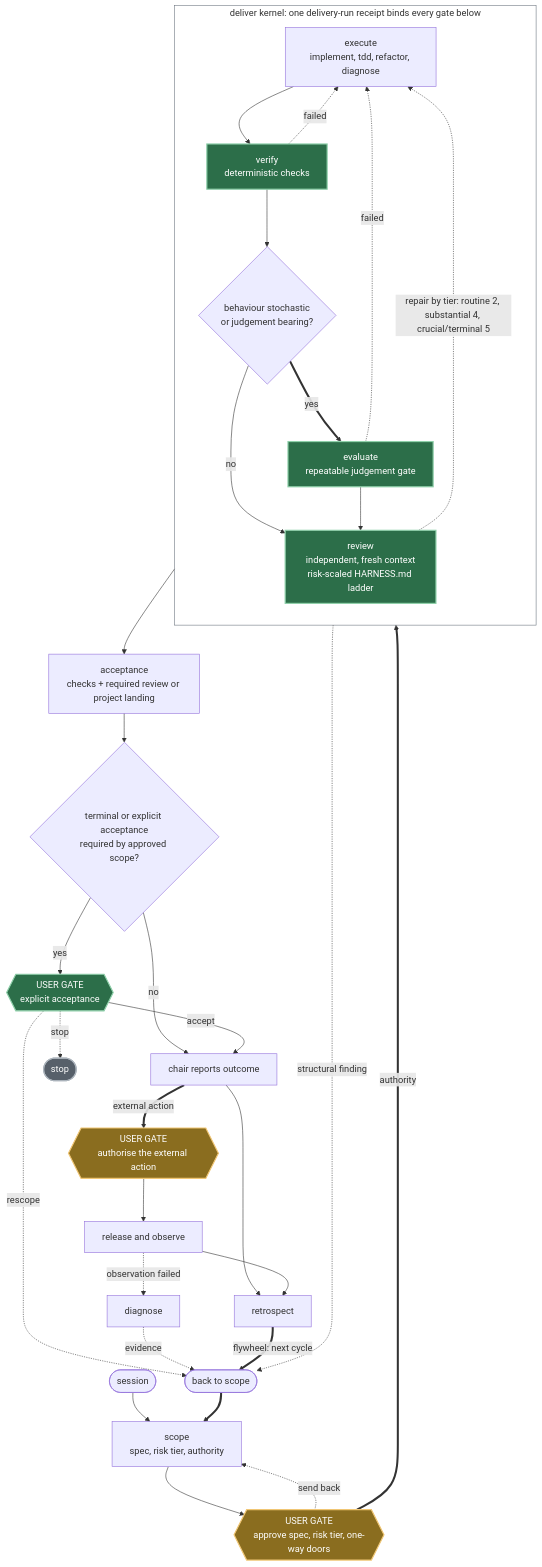
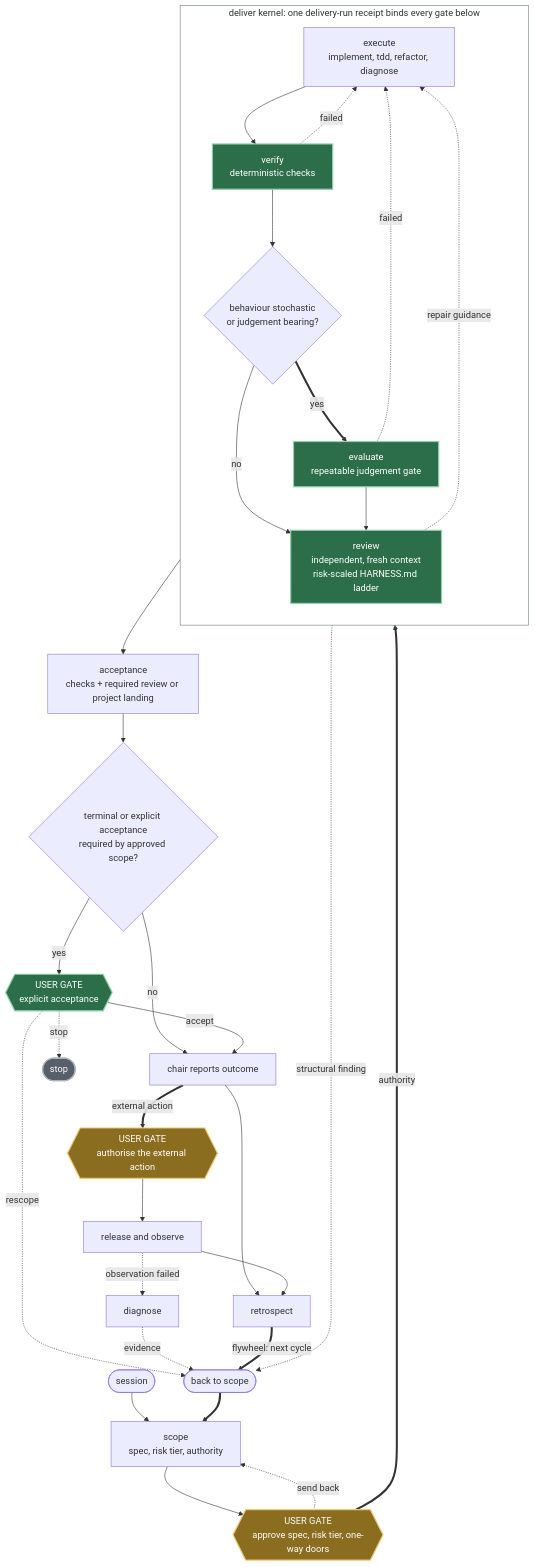
Before and after one commit to mblauberg/provenant: the first of 2 diagrams in docs/ARCHITECTURE.md, drawn with Mermaid. The commit also changed other lines of this file and 9 other files, not shown here.

Commit message:
docs: align architecture and retire unread config

````diff
--- a/docs/ARCHITECTURE.md
+++ b/docs/ARCHITECTURE.md
@@ -79,48 +61,48 @@
 ```mermaid
 flowchart TB
     accTitle: The full delivery lifecycle and its user gates
-    accDescr: Session prepares context and scope produces the specification, risk tier and authority. A user gate approves the specification or sends it back to scope. Inside the deliver kernel, execute runs implement, tdd, refactor or diagnose, then deterministic verification runs, then a separate conditional evaluate gate runs only when behaviour is stochastic or judgement bearing, then independent review runs in fresh contexts that never authored the work. Coverage follows the HARNESS.md Review ladder, with an adversarial lens added at terminal. A failed check or blocking finding returns to execute under the risk-tier repair budget: routine 2 cycles, substantial 4, and crucial and terminal 5, a guardrail against unbounded loops, not a target. Objective checks and tier-required review meet acceptance, or a project may name its landing gate. Explicit user acceptance is required only for terminal work or approved scope. The chair reports the outcome and the user may reject it. Any external action needs a separate user authorisation before release and observation. A failed observation opens diagnose. Every path that returns work to scope, a structural review finding, a rescope at the acceptance gate, diagnostic evidence and the retrospect flywheel, converges on one back-to-scope collector rather than five separate return edges.
+    accDescr: Session prepares context and scope produces the specification, risk tier and authority. A user gate approves the specification or sends it back to scope. Inside the deliver kernel, execute runs implement, tdd, refactor or diagnose, then deterministic verification, an optional conditional evaluate gate and independent review in fresh contexts. Coverage follows the HARNESS.md Review ladder, with an adversarial lens added at terminal. Failed checks and blocking findings return to execute under the repair guidance in the delivery skills; no runtime repair budget is enforced. Objective checks and tier-required review meet acceptance, or a project may name its landing gate. Explicit user acceptance is required only for terminal work or approved scope. The chair reports the outcome and the user may reject it. Any external action needs separate user authorisation before release and observation. A failed observation opens diagnose. Returns to scope converge on one back-to-scope collector.
     SE(["session"]) --> SC["scope<br/>spec, risk tier, authority"]
     SC --> G1{{"USER GATE<br/>approve spec, risk tier, one-way doors"}}
     G1 -. "send back" .-> SC
     G1 == "authority" ==> DEL
 
     subgraph DEL["deliver kernel: one delivery-run receipt binds every gate below"]
       direction TB
       EX["execute<br/>implement, tdd, refactor, diagnose"] --> VF["verify<br/>deterministic checks"]
       VF -. "failed" .-> EX
       VF --> Q{"behaviour stochastic<br/>or judgement bearing?"}
       Q -- "no" --> RV
       Q == "yes" ==> EV["evaluate<br/>repeatable judgement gate"]
       EV -. "failed" .-> EX
       EV --> RV["review<br/>independent, fresh context<br/>risk-scaled HARNESS.md ladder"]
-      RV -. "repair by tier: routine 2, substantial 4, crucial/terminal 5" .-> EX
+      RV -. "repair guidance" .-> EX
     end
 
     RV --> AC["acceptance<br/>checks + required review or project landing"]
     AC --> Q2{"terminal or explicit acceptance<br/>required by approved scope?"}
     Q2 -- "yes" --> G2{{"USER GATE<br/>explicit acceptance"}}
     Q2 -- "no" --> OUT["chair reports outcome"]
     G2 -- "accept" --> OUT
     G2 -. "stop" .-> HALT(["stop"])
     OUT --> RT["retrospect"]
     OUT == "external action" ==> G3{{"USER GATE<br/>authorise the external action"}}
     G3 --> RL["release and observe"]
     RL -. "observation failed" .-> DG["diagnose"]
     RL --> RT
 
     RV -. "structural finding" .-> RS
     G2 -. "rescope" .-> RS
     DG -. "evidence" .-> RS
     RT == "flywheel: next cycle" ==> RS
     RS(["back to scope"]) ==> SC
 
     classDef user fill:#8a6d1f,stroke:#f0c674,color:#ffffff,stroke-width:2px
     classDef blocking fill:#2c6e49,stroke:#8fd0aa,color:#ffffff,stroke-width:2px
     classDef inert fill:#57606a,stroke:#adb5bd,color:#ffffff,stroke-width:2px
     class G1,G3 user
     class G2 blocking
     class VF,EV,RV blocking
     class HALT inert
     style DEL fill:none,stroke:#6e7781,stroke-width:1px
 ```
````
